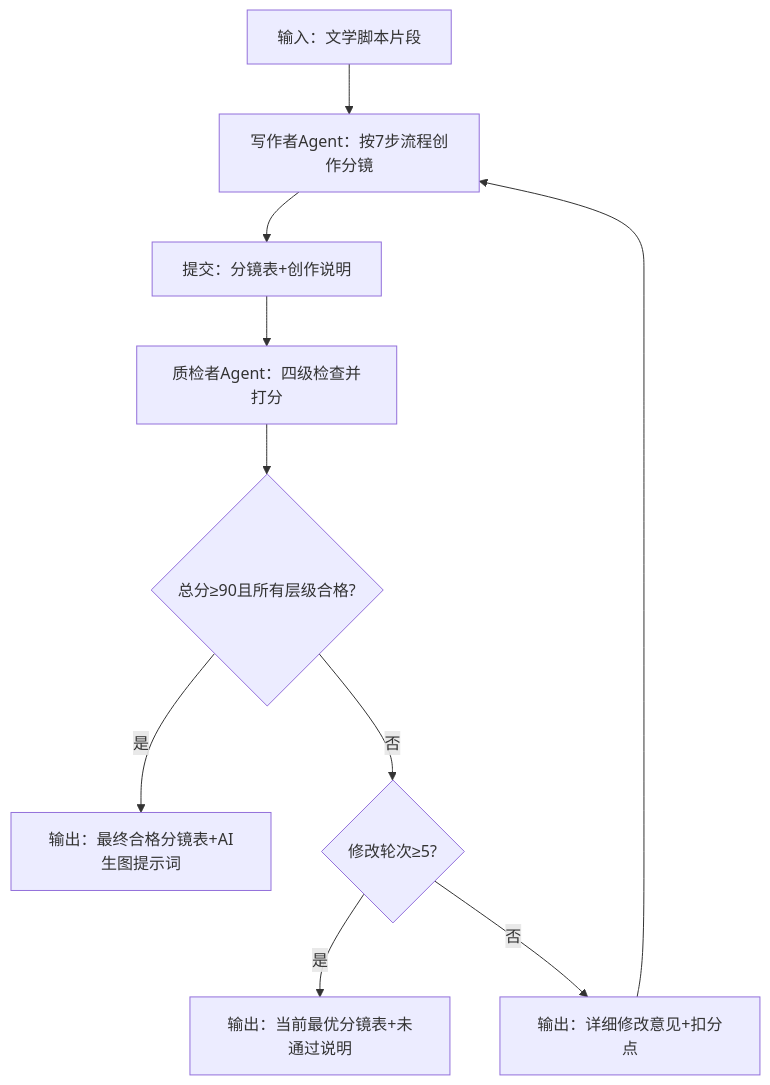
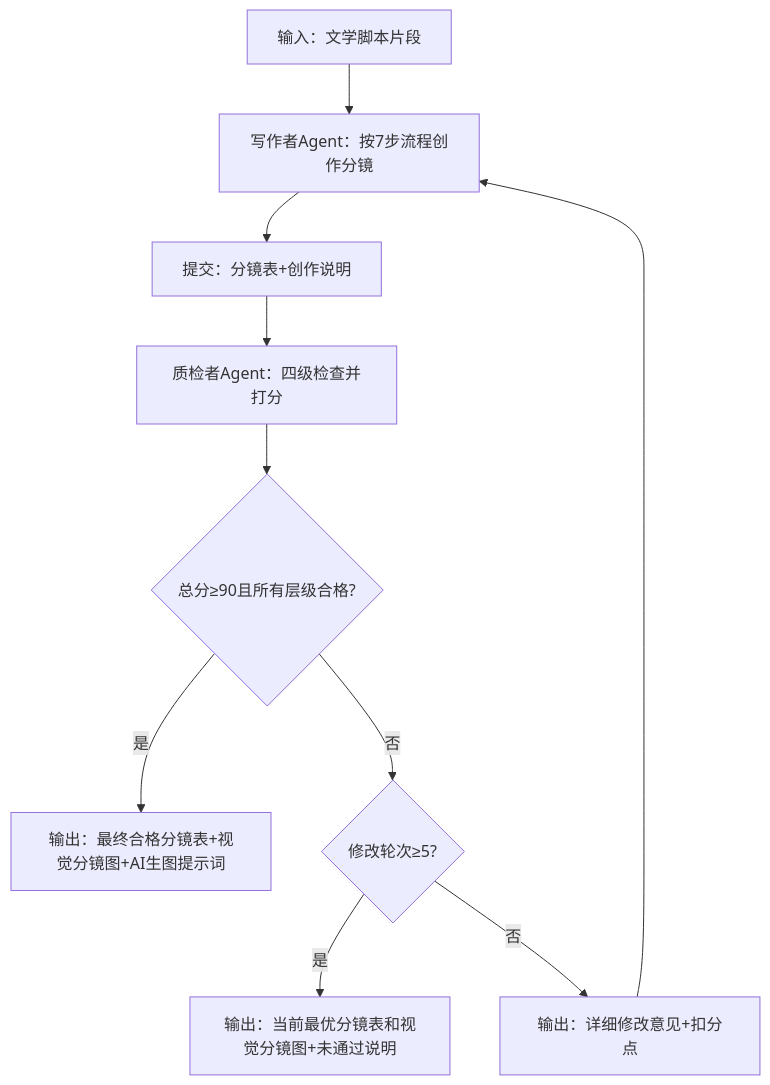
Before and after one commit to Punyko8/codex-skills: the diagram in skills/toffee-family-storyboard/SKILL.md, drawn with Mermaid. The commit also changed other lines of this file and 5 other files, not shown here.

````diff
--- a/skills/toffee-family-storyboard/SKILL.md
+++ b/skills/toffee-family-storyboard/SKILL.md
@@ -241,12 +244,12 @@
 ```mermaid
 graph TD
  A[输入：文学脚本片段] --> B[写作者Agent：按7步流程创作分镜]
  B --> C[提交：分镜表+创作说明]
  C --> D[质检者Agent：四级检查并打分]
  D --> E{总分≥90且所有层级合格?}
- E -->|是| F[输出：最终合格分镜表+AI生图提示词]
+ E -->|是| F[输出：最终合格分镜表+视觉分镜图+AI生图提示词]
  E -->|否| G{修改轮次≥5?}
- G -->|是| H[输出：当前最优分镜表+未通过说明]
+ G -->|是| H[输出：当前最优分镜表和视觉分镜图+未通过说明]
  G -->|否| I[输出：详细修改意见+扣分点]
  I --> B
 ```
````
